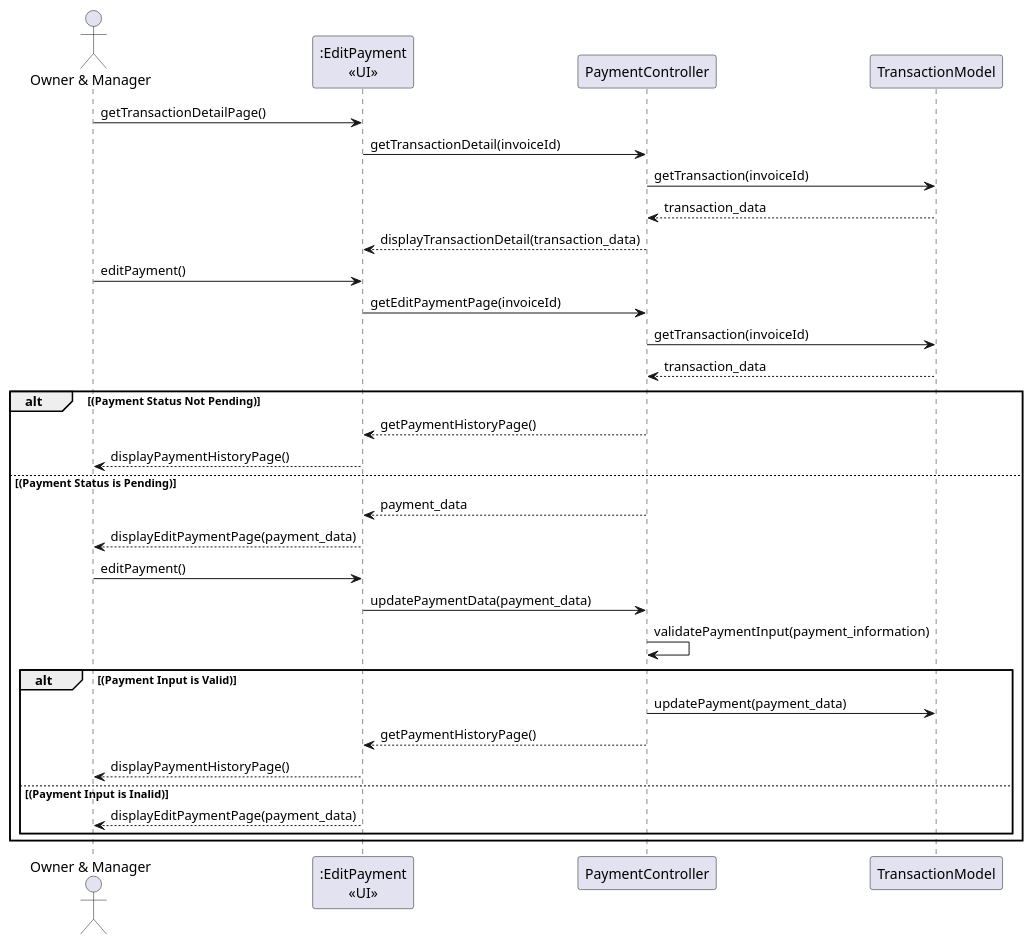
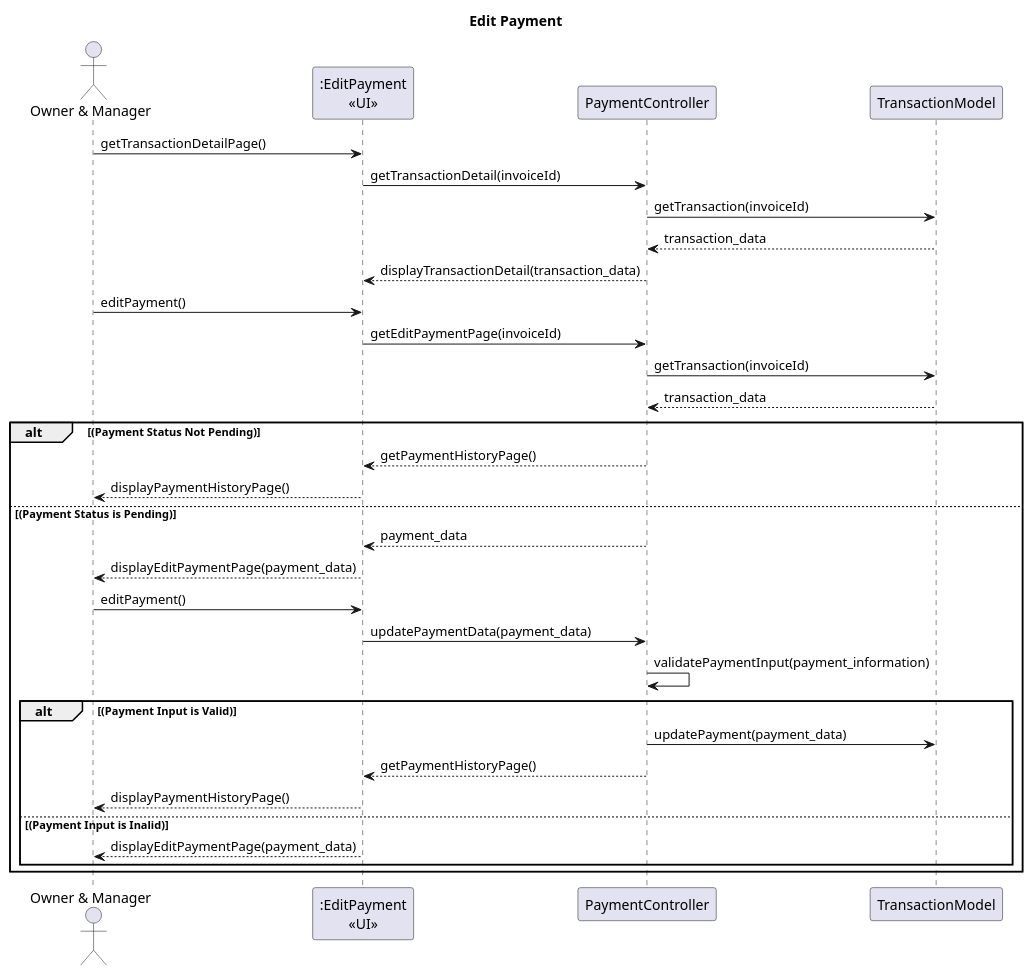
One commit to AntWort21/BHFMS changed the diagram in Design/BHFMS_SEQUENCE/Owner Manager/Payment/Edit Payment.puml. Above: the diagram before and after it, drawn with PlantUML. The commit also changed 23 other files, not shown here.

```diff
--- a/Design/BHFMS_SEQUENCE/Owner Manager/Payment/Edit Payment.puml
+++ b/Design/BHFMS_SEQUENCE/Owner Manager/Payment/Edit Payment.puml
@@ -1,38 +1,39 @@
 @startuml
+title Edit Payment
 actor "Owner & Manager" as act
 participant ":EditPayment\n<<UI>>" as view
 participant PaymentController as ctrl
 participant TransactionModel as tm
 
 act -> view : getTransactionDetailPage()
 view -> ctrl : getTransactionDetail(invoiceId)
 ctrl -> tm : getTransaction(invoiceId)
 ctrl <-- tm : transaction_data
 view <-- ctrl : displayTransactionDetail(transaction_data)
 
 act -> view : editPayment()
 view -> ctrl : getEditPaymentPage(invoiceId)
 ctrl -> tm : getTransaction(invoiceId)
 ctrl <-- tm : transaction_data
 
 alt (Payment Status Not Pending)
     view <-- ctrl : getPaymentHistoryPage()
     act <-- view : displayPaymentHistoryPage() 
 else (Payment Status is Pending)
     view <-- ctrl : payment_data
     act <-- view : displayEditPaymentPage(payment_data) 
 
     act -> view : editPayment()
     view -> ctrl : updatePaymentData(payment_data)
     ctrl -> ctrl : validatePaymentInput(payment_information)
     alt (Payment Input is Valid)
         ctrl -> tm : updatePayment(payment_data)
     
         view <-- ctrl : getPaymentHistoryPage()
         act <-- view : displayPaymentHistoryPage()
     else (Payment Input is Inalid)
     
         act <-- view : displayEditPaymentPage(payment_data)
     end 
 end 
 @enduml
```
